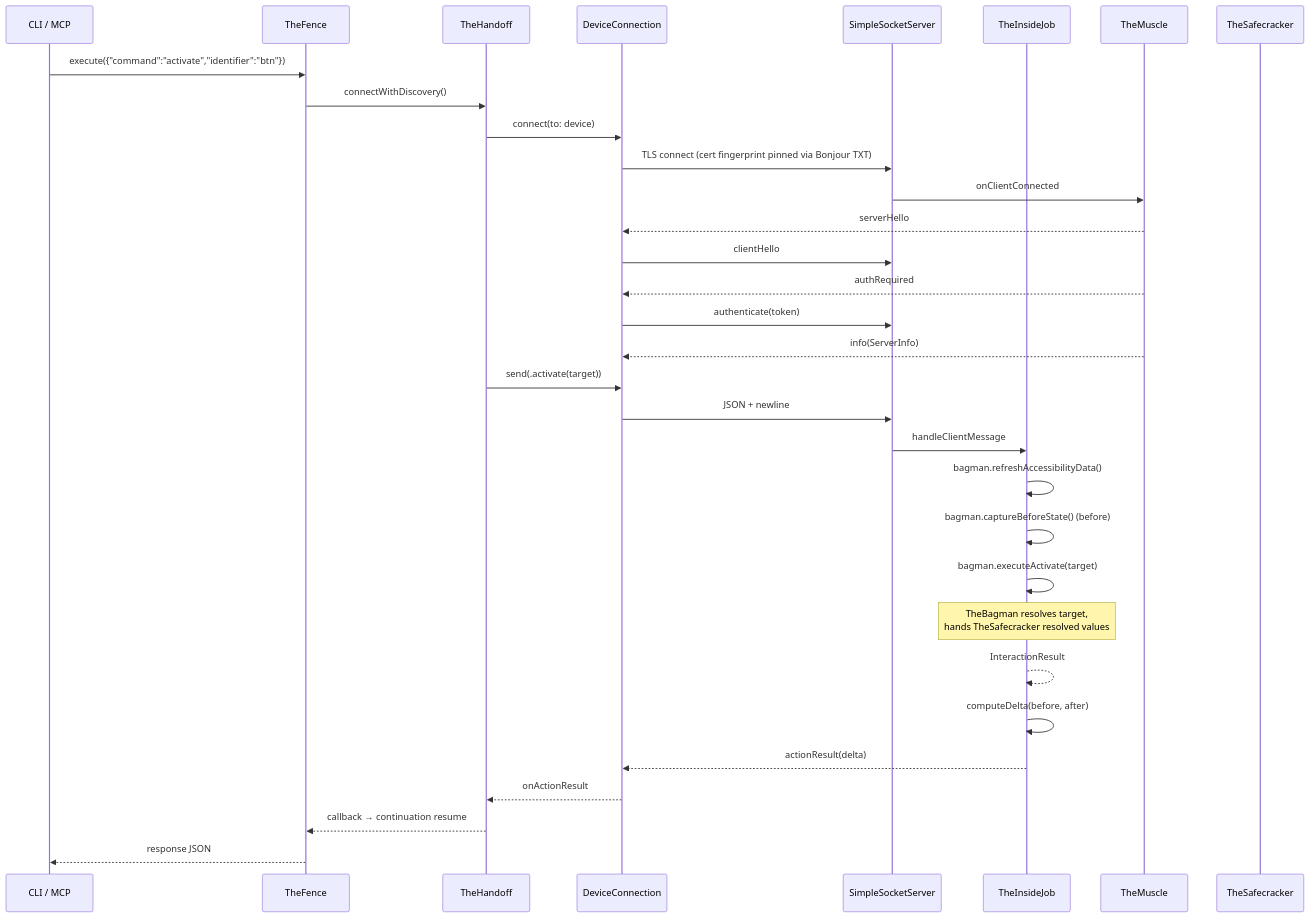
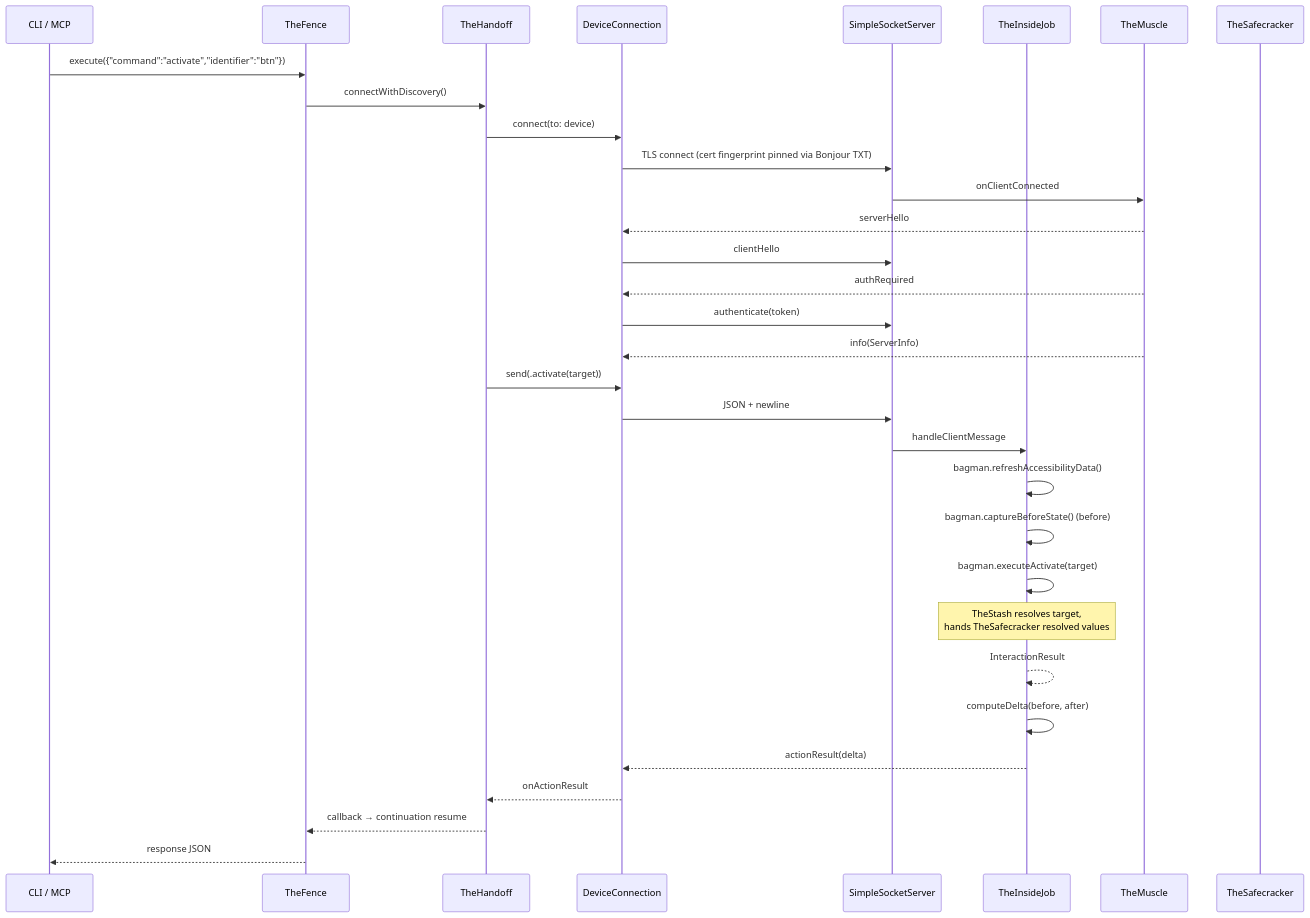
Before and after one commit to RoyalPineapple/TheButtonHeist: the second of 2 diagrams in docs/dossiers/00-OVERVIEW.md, drawn with Mermaid. The commit also changed other lines of this file and 47 other files, not shown here.

First line of the commit message:
Rename TheBagman → TheStash + extract TheBrains orchestration

````diff
--- a/docs/dossiers/00-OVERVIEW.md
+++ b/docs/dossiers/00-OVERVIEW.md
@@ -67,35 +67,35 @@
 ```mermaid
 sequenceDiagram
     participant CLI as CLI / MCP
     participant TF as TheFence
     participant TH as TheHandoff
     participant DC as DeviceConnection
     participant SS as SimpleSocketServer
     participant IJ as TheInsideJob
     participant TM2 as TheMuscle
     participant TS as TheSafecracker
 
     CLI->>TF: execute({"command":"activate","identifier":"btn"})
     TF->>TH: connectWithDiscovery()
     TH->>DC: connect(to: device)
     DC->>SS: TLS connect (cert fingerprint pinned via Bonjour TXT)
     SS->>TM2: onClientConnected
     TM2-->>DC: serverHello
     DC->>SS: clientHello
     TM2-->>DC: authRequired
     DC->>SS: authenticate(token)
     TM2-->>DC: info(ServerInfo)
     TH->>DC: send(.activate(target))
     DC->>SS: JSON + newline
     SS->>IJ: handleClientMessage
     IJ->>IJ: bagman.refreshAccessibilityData()
     IJ->>IJ: bagman.captureBeforeState() (before)
     IJ->>IJ: bagman.executeActivate(target)
-    Note over IJ: TheBagman resolves target,<br/>hands TheSafecracker resolved values
+    Note over IJ: TheStash resolves target,<br/>hands TheSafecracker resolved values
     IJ-->>IJ: InteractionResult
     IJ->>IJ: computeDelta(before, after)
     IJ-->>DC: actionResult(delta)
     DC-->>TH: onActionResult
     TH-->>TF: callback → continuation resume
     TF-->>CLI: response JSON
 ```
````
